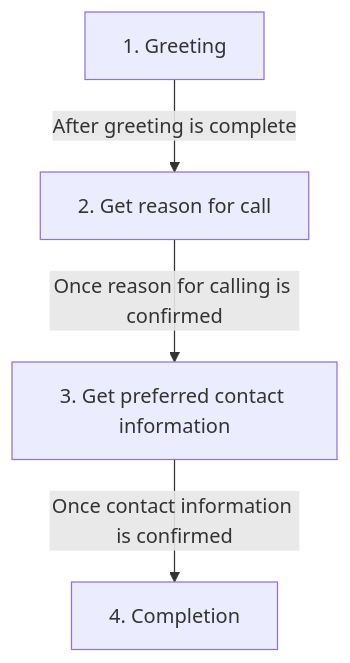
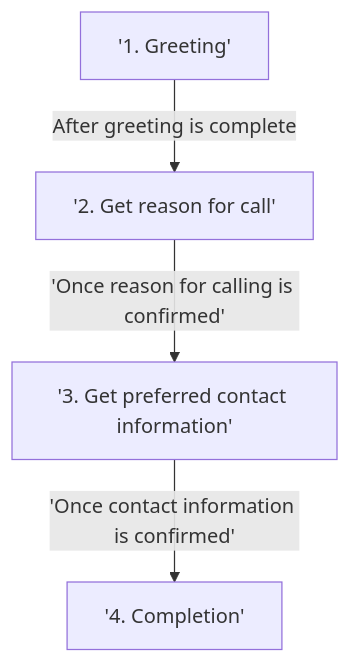
The diagram in docs/conversation_flow.md (xbasset/voxlink), drawn with Mermaid before and after one commit.

Commit message:
fix mermaid typo

````diff
--- a/docs/conversation_flow.md
+++ b/docs/conversation_flow.md
@@ -3,6 +3,6 @@
 ```mermaid
 graph TD
-    A1["1. Greeting"] -->|"After greeting is complete"| A2["2. Get reason for call"]
-    A2 -->|"Once reason for calling is confirmed"| A3["3. Get preferred contact information"]
-    A3 -->|"Once contact information is confirmed"| A4["4. Completion"]
+    A1['1. Greeting'] -->|"After greeting is complete"| A2['2. Get reason for call']
+    A2 -->|'Once reason for calling is confirmed'| A3['3. Get preferred contact information']
+    A3 -->|'Once contact information is confirmed'| A4['4. Completion']
 ``` 
````
